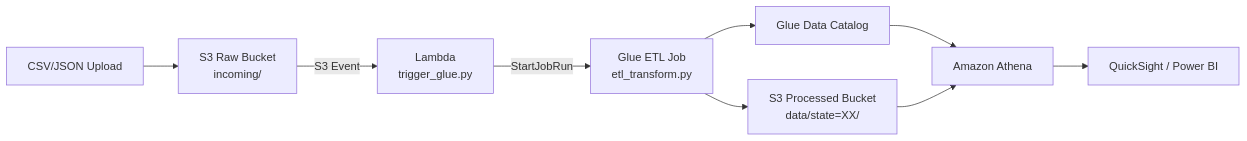
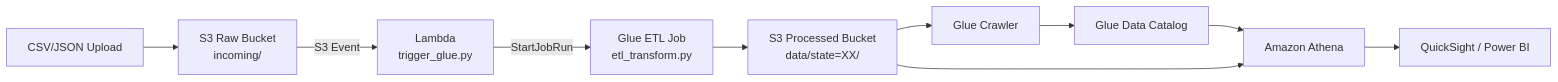
The diagram in README.md (IsahiRea/aws-etl-pipeline), drawn with Mermaid before and after one commit. The commit also changed other lines of this file, not shown here.

Commit message:
Update README with CI badge, Glue Crawler in diagram, and project structure

````diff
--- a/README.md
+++ b/README.md
@@ -13,11 +14,12 @@
 ```mermaid
 flowchart LR
     A[CSV/JSON Upload] --> B[S3 Raw Bucket\nincoming/]
     B -->|S3 Event| C[Lambda\ntrigger_glue.py]
     C -->|StartJobRun| D[Glue ETL Job\netl_transform.py]
     D --> E[S3 Processed Bucket\ndata/state=XX/]
-    D --> F[Glue Data Catalog]
-    F --> G[Amazon Athena]
-    E --> G
-    G --> H[QuickSight / Power BI]
+    E --> F[Glue Crawler]
+    F --> G[Glue Data Catalog]
+    G --> H[Amazon Athena]
+    E --> H
+    H --> I[QuickSight / Power BI]
 ```
````
